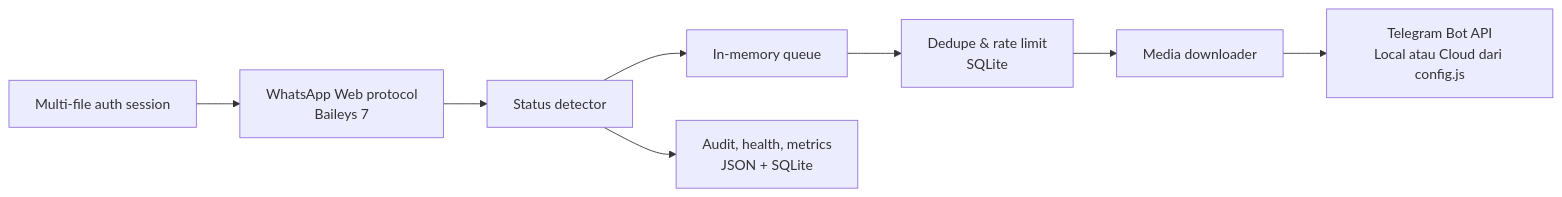
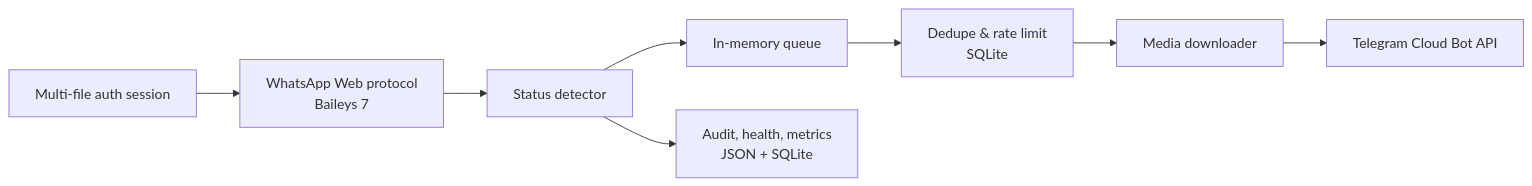
Before and after one commit to JohnIsDimz/Wa-Status-Forwarder: the diagram in README.md, drawn with Mermaid. The commit also changed other lines of this file and 2 other files, not shown here.

Commit message:
revert: remove local Telegram Bot API

````diff
--- a/README.md
+++ b/README.md
@@ -68,11 +68,11 @@
 ```mermaid
 flowchart LR
     WA[WhatsApp Web protocol\nBaileys 7] --> RX[Status detector]
     RX --> Q[In-memory queue]
     Q --> D[Dedupe & rate limit\nSQLite]
     D --> M[Media downloader]
-    M --> TG[Telegram Bot API\nLocal atau Cloud dari config.js]
+    M --> TG[Telegram Cloud Bot API]
 
     RX --> AUD[Audit, health, metrics\nJSON + SQLite]
     SES[Multi-file auth session] --> WA
 ```
````
